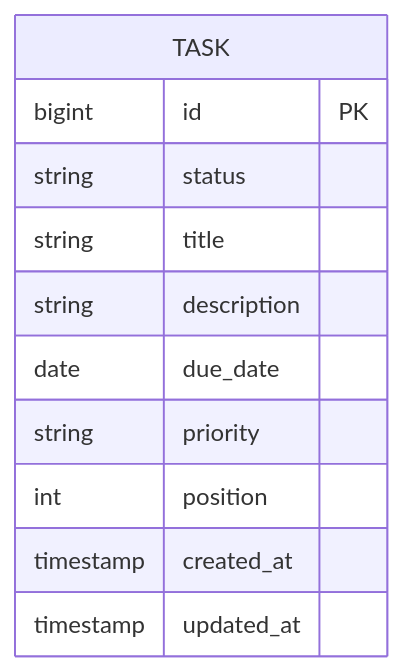
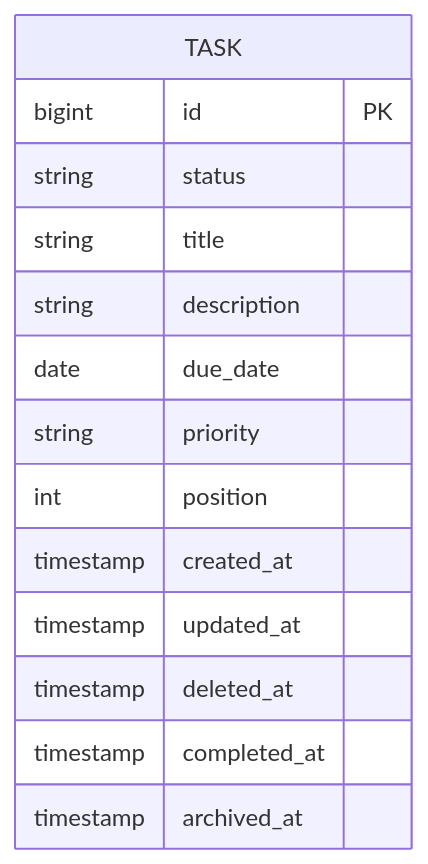
The second of 2 diagrams in docs/requirements.md (ma9ruko6me/TaskManagement), drawn with Mermaid before and after one commit. The commit also changed other lines of this file and 5 other files, not shown here.

````diff
--- a/docs/requirements.md
+++ b/docs/requirements.md
@@ -141,14 +166,17 @@
 ```mermaid
 erDiagram
     TASK {
         bigint id PK
         string status
         string title
         string description
         date due_date
         string priority
         int position
         timestamp created_at
         timestamp updated_at
+        timestamp deleted_at
+        timestamp completed_at
+        timestamp archived_at
     }
 ```
````
